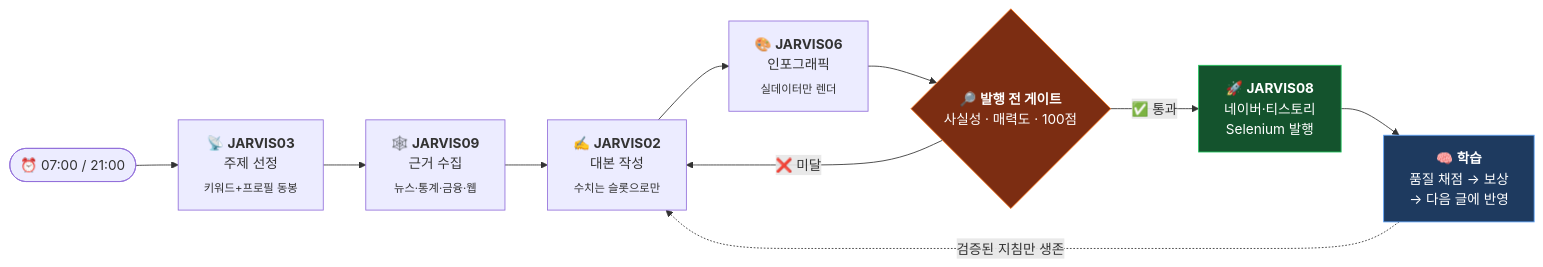
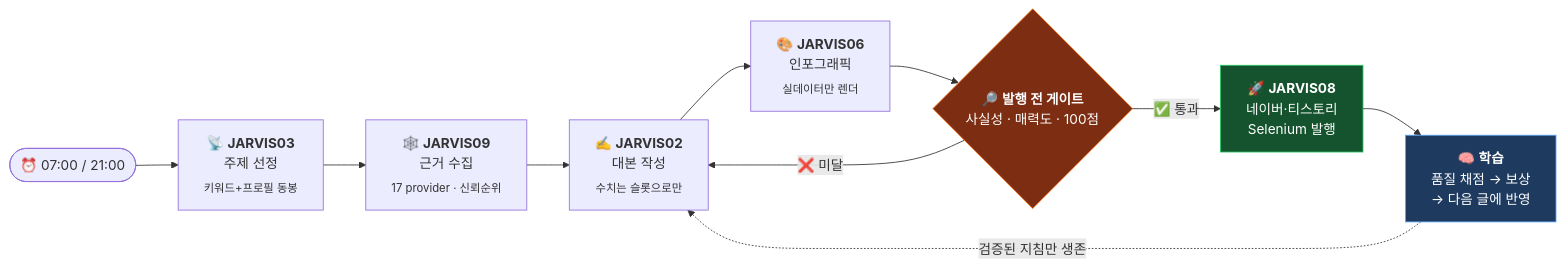
The first of 7 diagrams in README.md (youandi3535/jarvis-agent), drawn with Mermaid before and after one commit. The commit also changed other lines of this file, not shown here.

````diff
--- a/README.md
+++ b/README.md
@@ -44,19 +45,19 @@
 ```mermaid
 flowchart LR
     T(["⏰ 07:00 / 21:00"]) --> R
 
     R["📡 <b>JARVIS03</b><br/>주제 선정<br/><sub>키워드+프로필 동봉</sub>"]
-    --> C["🕸️ <b>JARVIS09</b><br/>근거 수집<br/><sub>뉴스·통계·금융·웹</sub>"]
+    --> C["🕸️ <b>JARVIS09</b><br/>근거 수집<br/><sub>17 provider · 신뢰순위</sub>"]
     --> W["✍️ <b>JARVIS02</b><br/>대본 작성<br/><sub>수치는 슬롯으로만</sub>"]
     --> I["🎨 <b>JARVIS06</b><br/>인포그래픽<br/><sub>실데이터만 렌더</sub>"]
     --> G{"🔎 <b>발행 전 게이트</b><br/>사실성 · 매력도 · 100점"}
 
     G -- "❌ 미달" --> W
     G -- "✅ 통과" --> P["🚀 <b>JARVIS08</b><br/>네이버·티스토리<br/>Selenium 발행"]
     P --> L["🧠 <b>학습</b><br/>품질 채점 → 보상<br/>→ 다음 글에 반영"]
     L -. "검증된 지침만 생존" .-> W
 
     style G fill:#7c2d12,stroke:#f97316,color:#fff
     style P fill:#14532d,stroke:#22c55e,color:#fff
     style L fill:#1e3a5f,stroke:#60a5fa,color:#fff
 ```
````
